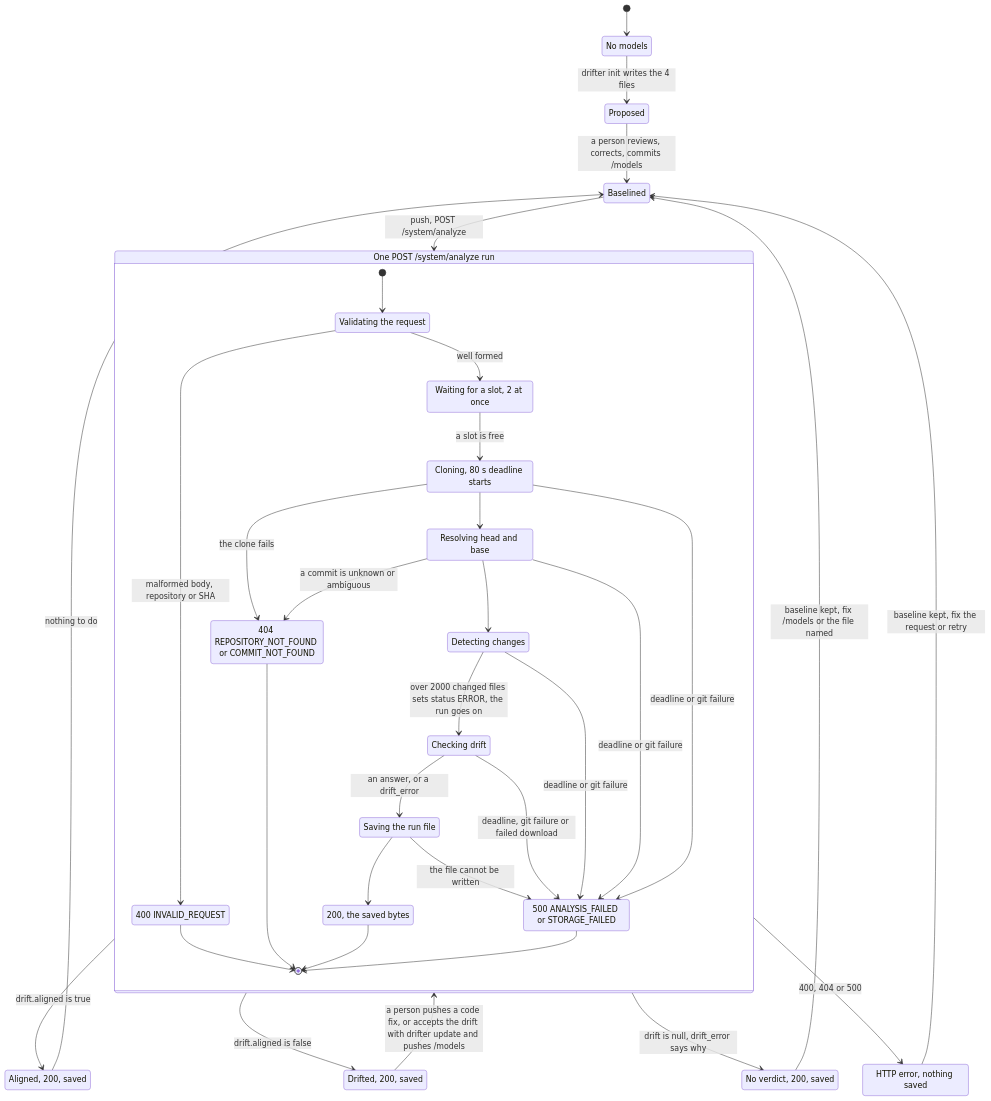
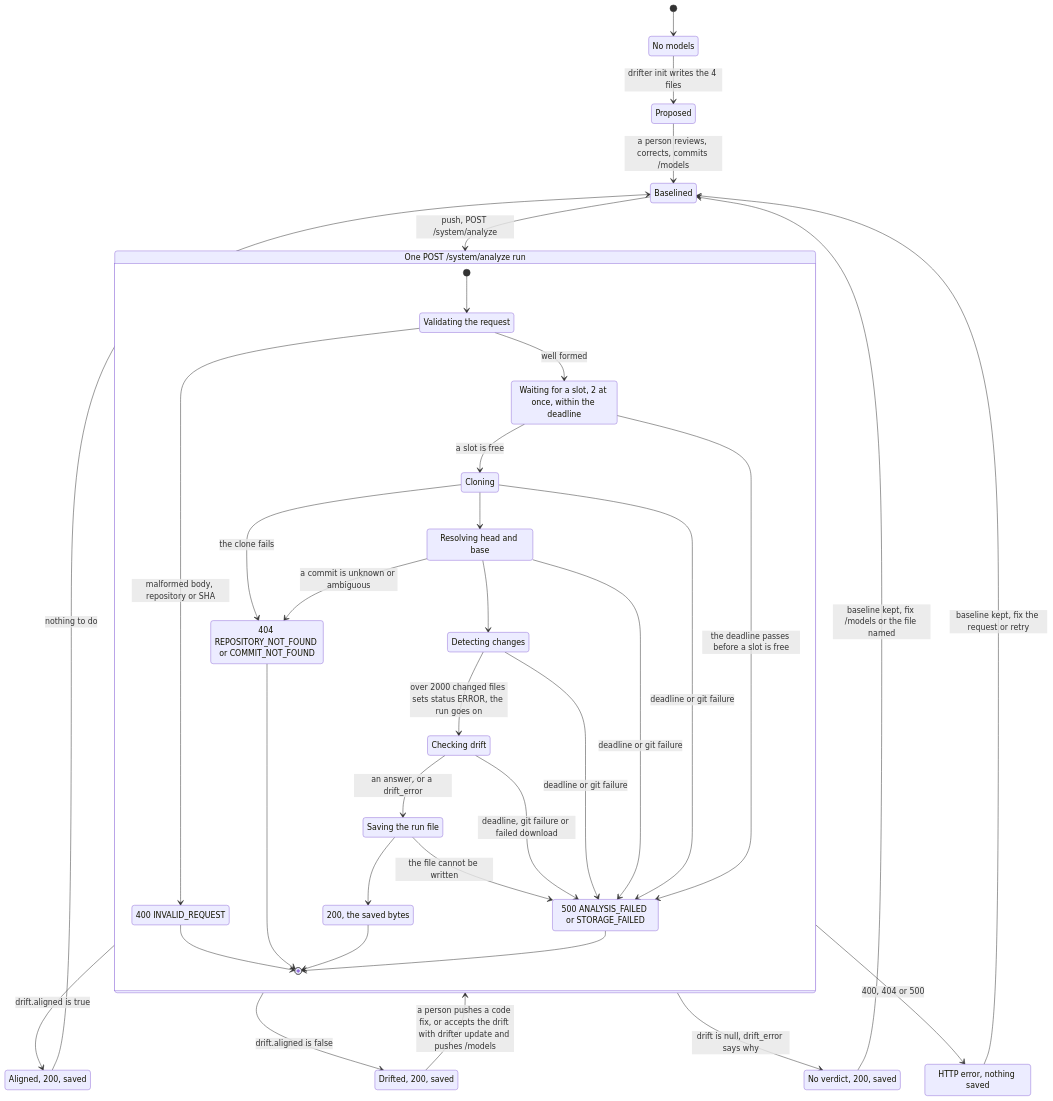
Before and after one commit to MuhammadSban/DocumentationModelDrifter: the diagram in docs/diagrams/behavior.md, drawn with Mermaid. The commit also changed other lines of this file and 3 other files, not shown here.

````diff
--- a/docs/diagrams/behavior.md
+++ b/docs/diagrams/behavior.md
@@ -9,61 +9,62 @@
 ```mermaid
 stateDiagram-v2
     accTitle: Lifecycle of a repository, and the states of one analyze run
-    accDescr: A repository starts with no models. drifter init proposes them, a person reviews and commits them as the baseline, and each push starts a check. One check, as POST /system/analyze runs it, validates the request, waits for one of two slots, clones the repository, resolves the commits, detects the changed files, checks drift and saves the result. Validation can end in 400. Cloning and resolving can end in 404. Any step after the slot can end in 500, and so can saving. A saved result is answered with 200 and is aligned, drifted or without a verdict. An aligned check, a check with no verdict and an HTTP error all leave the baseline as it was. A drifted check waits for a person, who pushes a code fix or accepts the drift with drifter update.
+    accDescr: A repository starts with no models. drifter init proposes them, a person reviews and commits them as the baseline, and each push starts a check. One check, as POST /system/analyze runs it, validates the request, waits for one of two slots, clones the repository, resolves the commits, detects the changed files, checks drift and saves the result. The 80 s deadline starts when the request arrives, so the wait for a slot counts against it. Validation can end in 400. The wait for a slot ends in 500 if the deadline passes first. Cloning and resolving can end in 404. Any step after the slot can end in 500, and so can saving. A saved result is answered with 200 and is aligned, drifted or without a verdict. An aligned check, a check with no verdict and an HTTP error all leave the baseline as it was. A drifted check waits for a person, who pushes a code fix or accepts the drift with drifter update.
 
     state "No models" as NoModels
     state "Aligned, 200, saved" as Aligned
     state "Drifted, 200, saved" as Drifted
     state "No verdict, 200, saved" as NoVerdict
     state "HTTP error, nothing saved" as HttpError
 
     [*] --> NoModels
     NoModels --> Proposed: drifter init writes the 4 files
     Proposed --> Baselined: a person reviews, corrects, commits /models
     Baselined --> Run: push, POST /system/analyze
 
     state "One POST /system/analyze run" as Run {
         state "Validating the request" as Validating
-        state "Waiting for a slot, 2 at once" as Waiting
-        state "Cloning, 80 s deadline starts" as Cloning
+        state "Waiting for a slot, 2 at once, within the deadline" as Waiting
+        state "Cloning" as Cloning
         state "Resolving head and base" as Resolving
         state "Detecting changes" as Detecting
         state "Checking drift" as Drift
         state "Saving the run file" as Saving
         state "200, the saved bytes" as Ok
         state "400 INVALID_REQUEST" as E400
         state "404 REPOSITORY_NOT_FOUND or COMMIT_NOT_FOUND" as E404
         state "500 ANALYSIS_FAILED or STORAGE_FAILED" as E500
 
         [*] --> Validating
         Validating --> E400: malformed body, repository or SHA
         Validating --> Waiting: well formed
         Waiting --> Cloning: a slot is free
         Cloning --> E404: the clone fails
         Cloning --> Resolving
         Resolving --> E404: a commit is unknown or ambiguous
         Resolving --> Detecting
         Detecting --> Drift: over 2000 changed files sets status ERROR, the run goes on
         Drift --> Saving: an answer, or a drift_error
         Saving --> Ok
         Saving --> E500: the file cannot be written
+        Waiting --> E500: the deadline passes before a slot is free
         Cloning --> E500: deadline or git failure
         Resolving --> E500: deadline or git failure
         Detecting --> E500: deadline or git failure
         Drift --> E500: deadline, git failure or failed download
         Ok --> [*]
         E400 --> [*]
         E404 --> [*]
         E500 --> [*]
     }
 
     Run --> Aligned: drift.aligned is true
     Run --> Drifted: drift.aligned is false
     Run --> NoVerdict: drift is null, drift_error says why
     Run --> HttpError: 400, 404 or 500
 
     Aligned --> Baselined: nothing to do
     NoVerdict --> Baselined: baseline kept, fix /models or the file named
     HttpError --> Baselined: baseline kept, fix the request or retry
     Drifted --> Run: a person pushes a code fix, or accepts the drift with drifter update and pushes /models
 ```
````
